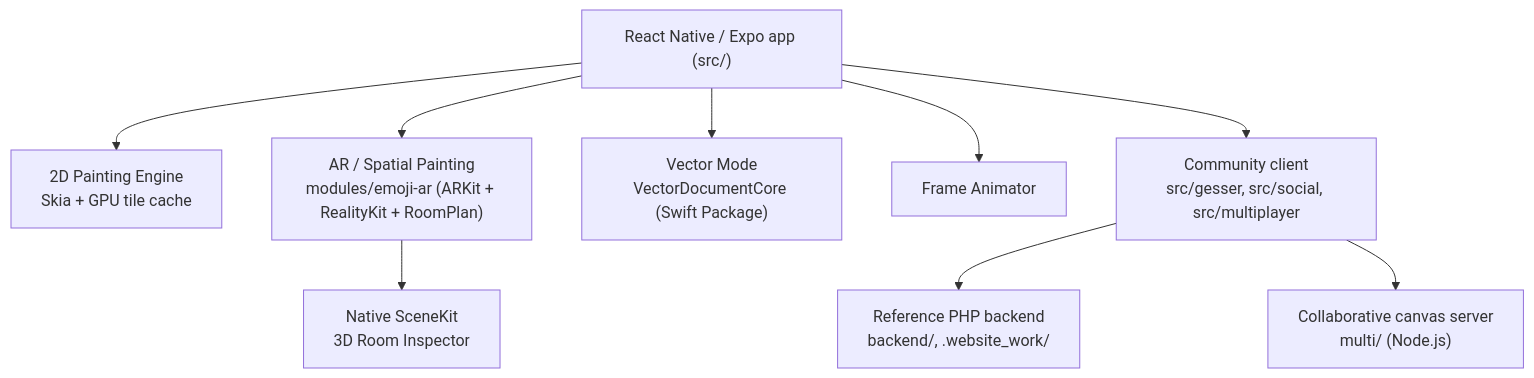
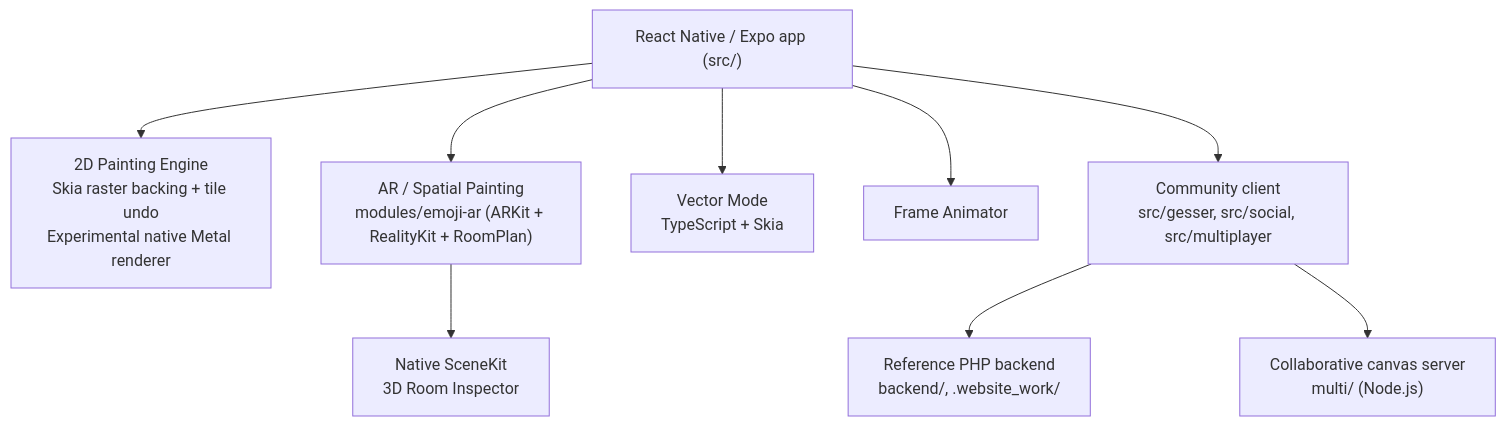
Before and after one commit to senderpa/EmojiPainter: the first of 2 diagrams in README.md, drawn with Mermaid. The commit also changed other lines of this file and 18 other files, not shown here.

````diff
--- a/README.md
+++ b/README.md
@@ -153,14 +158,14 @@
 ```mermaid
 flowchart TB
   App["React Native / Expo app (src/)"]
 
-  App --> Canvas["2D Painting Engine<br/>Skia + GPU tile cache"]
+  App --> Canvas["2D Painting Engine<br/>Skia raster backing + tile undo<br/>Experimental native Metal renderer"]
   App --> AR["AR / Spatial Painting<br/>modules/emoji-ar (ARKit + RealityKit + RoomPlan)"]
-  App --> Vector["Vector Mode<br/>VectorDocumentCore (Swift Package)"]
+  App --> Vector["Vector Mode<br/>TypeScript + Skia"]
   App --> Animator["Frame Animator"]
   App --> Community["Community client<br/>src/gesser, src/social, src/multiplayer"]
 
   AR --> RoomInspector["Native SceneKit<br/>3D Room Inspector"]
   Community --> Backend["Reference PHP backend<br/>backend/, .website_work/"]
   Community --> MultiServer["Collaborative canvas server<br/>multi/ (Node.js)"]
 ```
````
